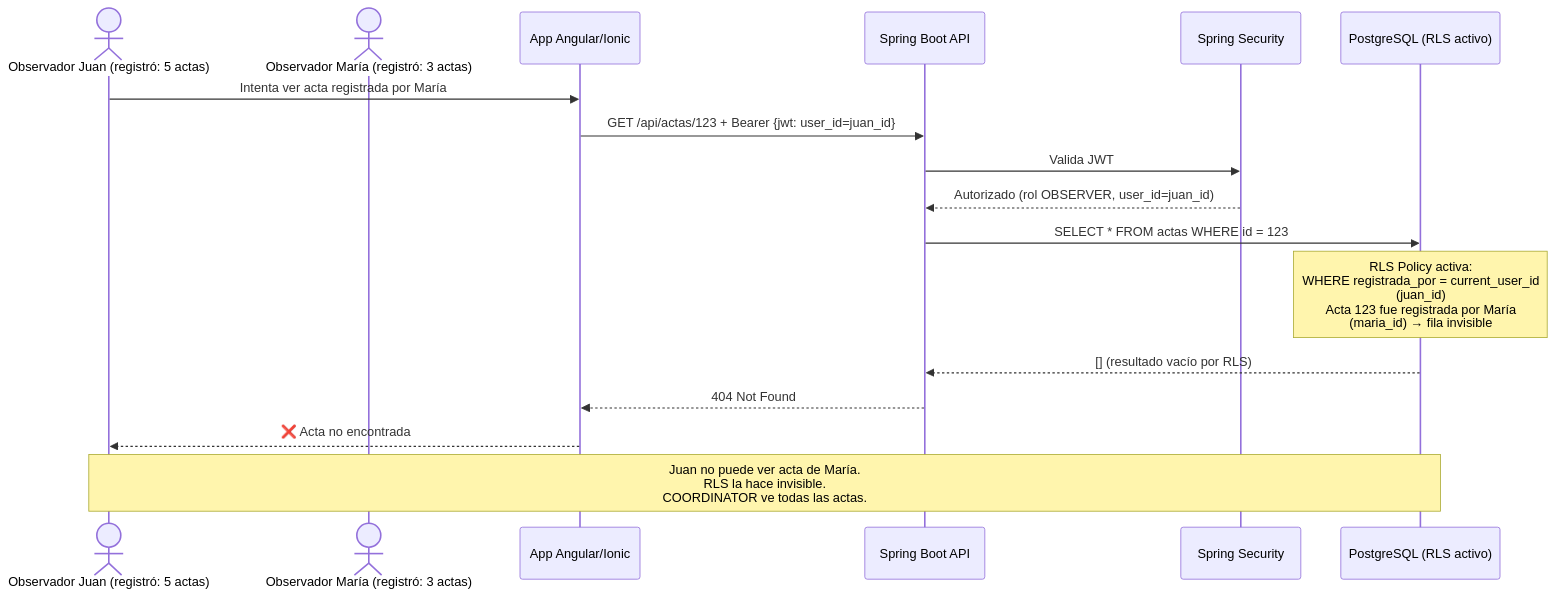
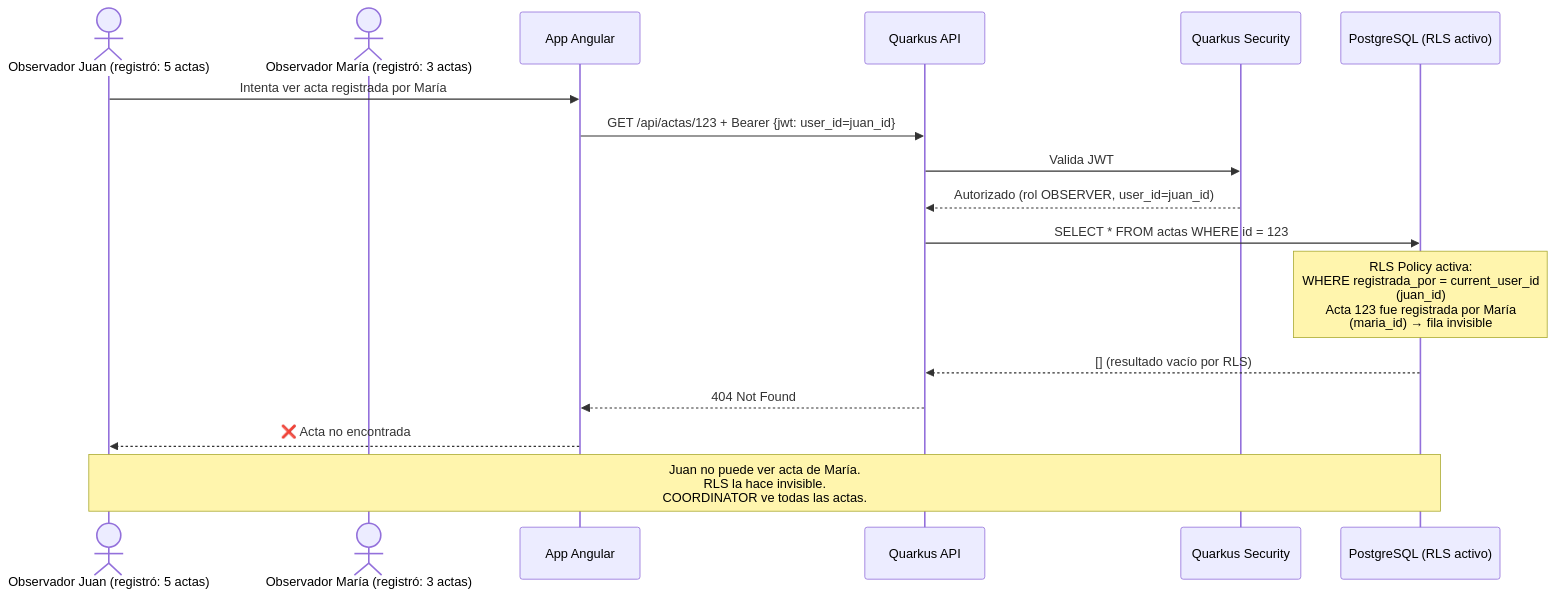
Before and after one commit to Brydyan/Control-s-Elector: the diagram in documents/diagram/secuencias/07-rls-acceso-denegado.md, drawn with Mermaid. The commit also changed 46 other files, not shown here.

````diff
--- a/documents/diagram/secuencias/07-rls-acceso-denegado.md
+++ b/documents/diagram/secuencias/07-rls-acceso-denegado.md
@@ -7,26 +7,26 @@
 ```mermaid
 sequenceDiagram
     actor OBS1 as Observador Juan (registró: 5 actas)
     actor OBS2 as Observador María (registró: 3 actas)
-    participant APP as App Angular/Ionic
-    participant API as Spring Boot API
-    participant SEC as Spring Security
+    participant APP as App Angular
+    participant API as Quarkus API
+    participant SEC as Quarkus Security
     participant PG as PostgreSQL (RLS activo)
 
     OBS1->>APP: Intenta ver acta registrada por María
     APP->>API: GET /api/actas/123 + Bearer {jwt: user_id=juan_id}
 
     API->>SEC: Valida JWT
     SEC-->>API: Autorizado (rol OBSERVER, user_id=juan_id)
 
     API->>PG: SELECT * FROM actas WHERE id = 123
 
     Note over PG: RLS Policy activa:<br/>WHERE registrada_por = current_user_id<br/>(juan_id)<br/>Acta 123 fue registrada por María<br/>(maria_id) → fila invisible
 
     PG-->>API: [] (resultado vacío por RLS)
     API-->>APP: 404 Not Found
 
     APP-->>OBS1: ❌ Acta no encontrada
 
     Note over OBS1,PG: Juan no puede ver acta de María.<br/>RLS la hace invisible.<br/>COORDINATOR ve todas las actas.
 ```
````
